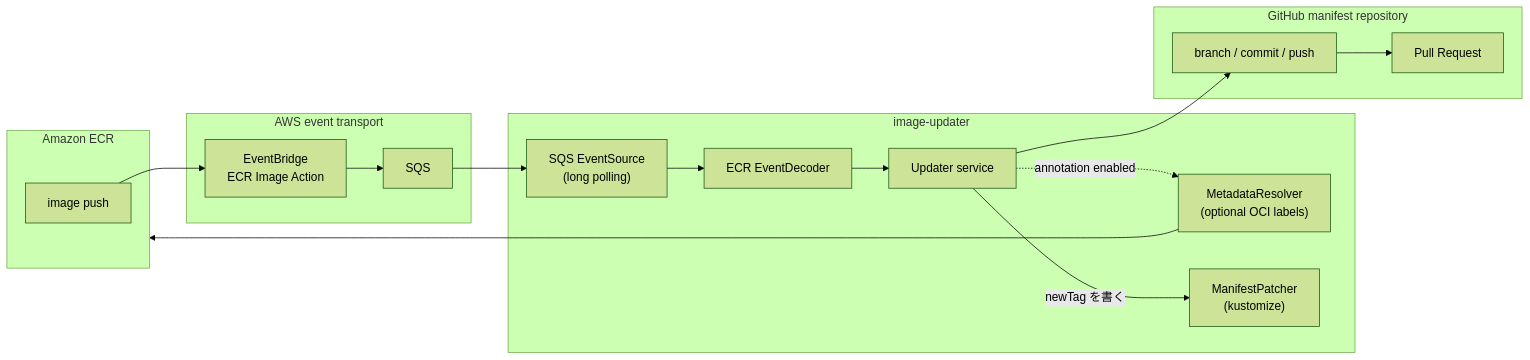
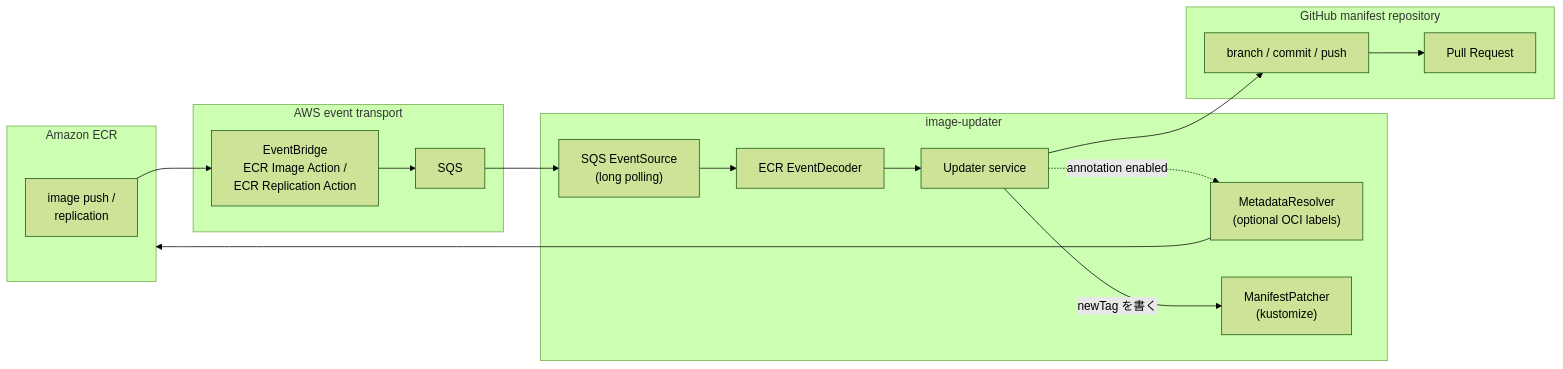
Before and after one commit to murasame29/image-updater: the diagram in README.md, drawn with Mermaid (forest theme). The commit also changed other lines of this file and 4 other files, not shown here.

First line of the commit message:
feat(ecr): treat ECR Replication Action as an image arrival (#12)

````diff
--- a/README.md
+++ b/README.md
@@ -15,29 +16,29 @@
 ```mermaid
 flowchart LR
     subgraph registry["Amazon ECR"]
-        push["image push"]
+        push["image push /<br/>replication"]
     end
 
     subgraph transport["AWS event transport"]
-        eventbridge["EventBridge<br/>ECR Image Action"]
+        eventbridge["EventBridge<br/>ECR Image Action /<br/>ECR Replication Action"]
         sqs["SQS"]
     end
 
     subgraph app["image-updater"]
         source["SQS EventSource<br/>(long polling)"]
         decoder["ECR EventDecoder"]
         service["Updater service"]
         resolver["MetadataResolver<br/>(optional OCI labels)"]
         patcher["ManifestPatcher<br/>(kustomize)"]
     end
 
     subgraph git["GitHub manifest repository"]
         repository["branch / commit / push"]
         pr["Pull Request"]
     end
 
     push --> eventbridge --> sqs --> source --> decoder --> service
     service -.->|"annotation enabled"| resolver --> registry
     service -->|"newTag を書く"| patcher
     service --> repository --> pr
 ```
````
